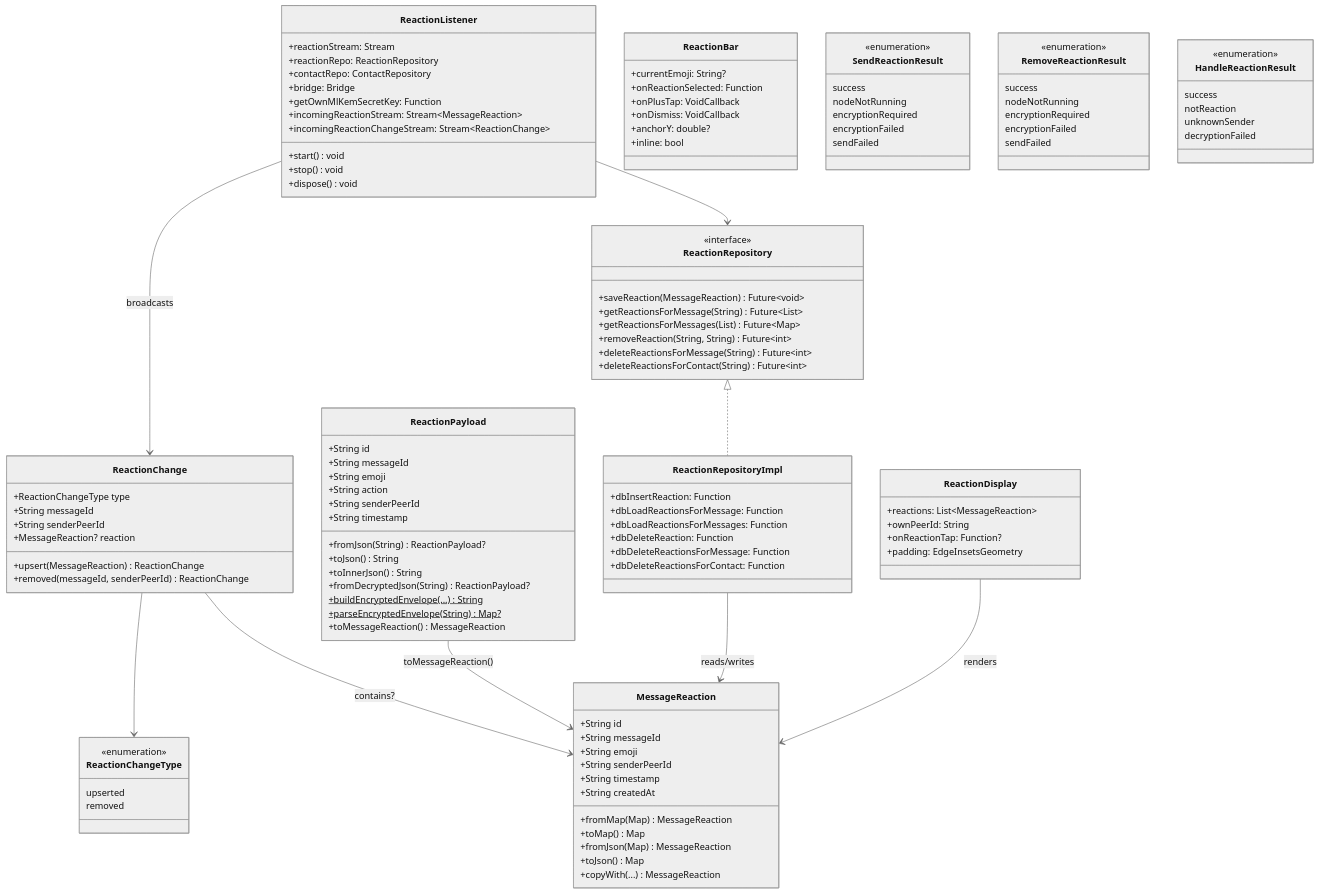
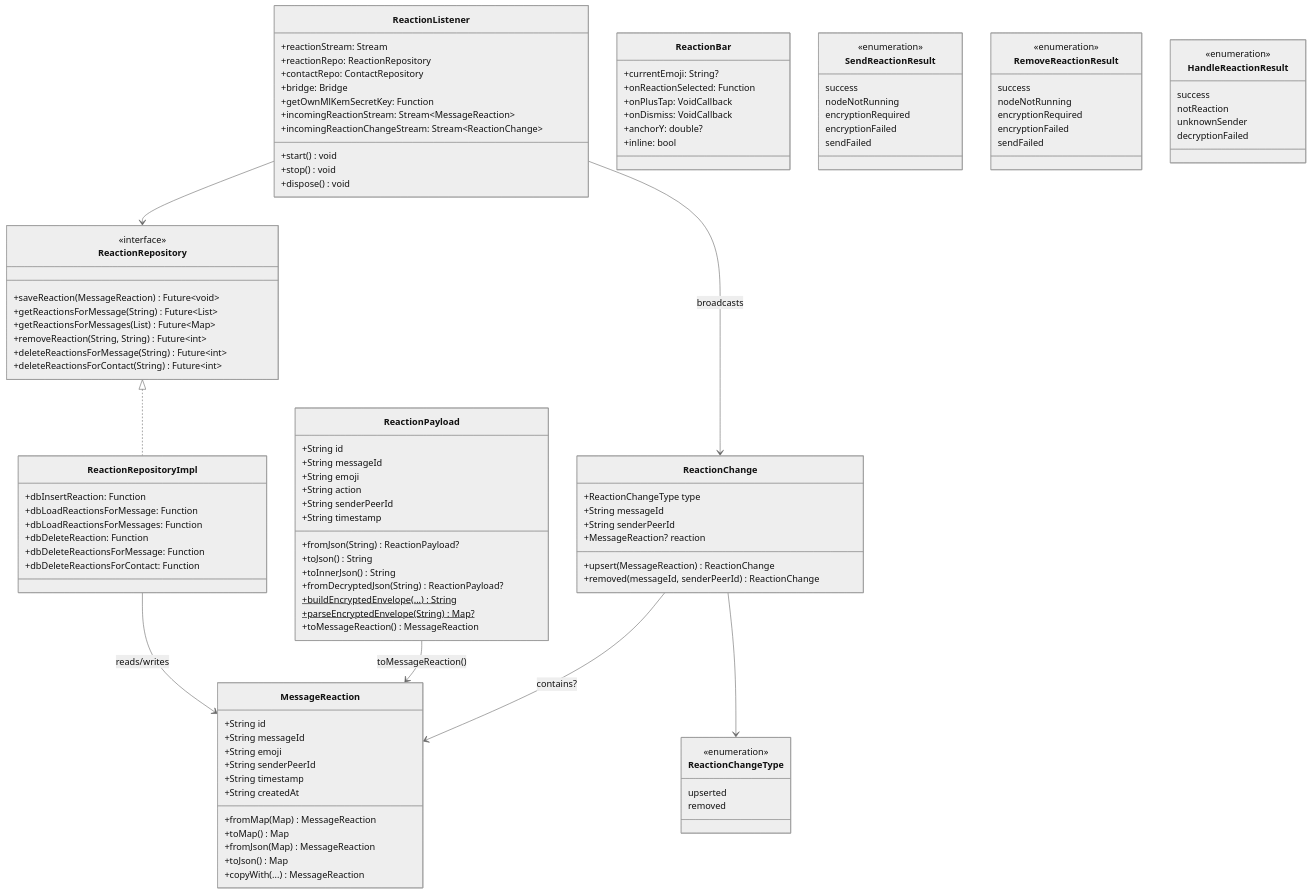
The eighth of 8 diagrams in Test-Flight-Improv/Message-Bubble-List-1_1-Feature/C4-Reactions.md (salehelsayed/flutter_app), drawn with Mermaid (neutral theme) before and after one commit. The commit also changed other lines of this file and 176 other files, not shown here.

````diff
--- a/Test-Flight-Improv/Message-Bubble-List-1_1-Feature/C4-Reactions.md
+++ b/Test-Flight-Improv/Message-Bubble-List-1_1-Feature/C4-Reactions.md
@@ -1015,13 +1017,6 @@
         +inline: bool
     }
 
-    class ReactionDisplay {
-        +reactions: List~MessageReaction~
-        +ownPeerId: String
-        +onReactionTap: Function?
-        +padding: EdgeInsetsGeometry
-    }
-
     class SendReactionResult {
         <<enumeration>>
         success
@@ -1061,5 +1056,4 @@
     ReactionChange --> MessageReaction : contains?
     ReactionChange --> ReactionChangeType
     ReactionPayload --> MessageReaction : toMessageReaction()
-    ReactionDisplay --> MessageReaction : renders
 ```
````
